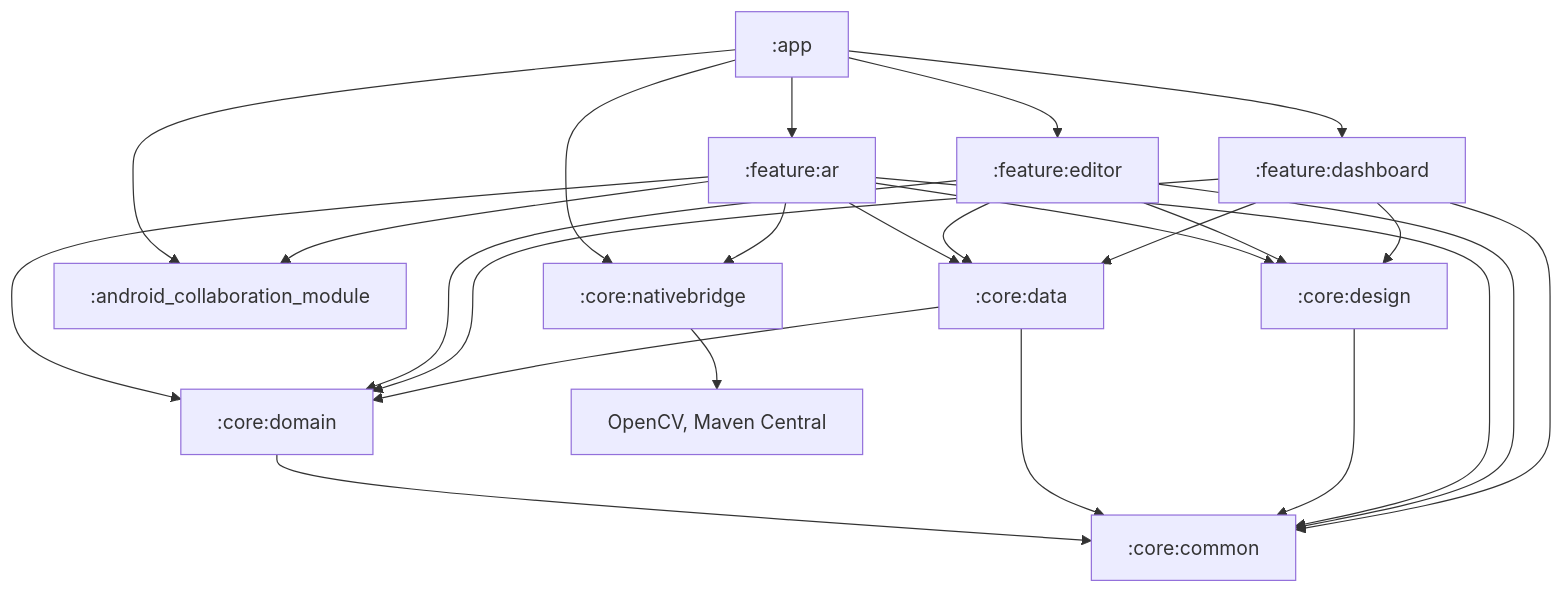
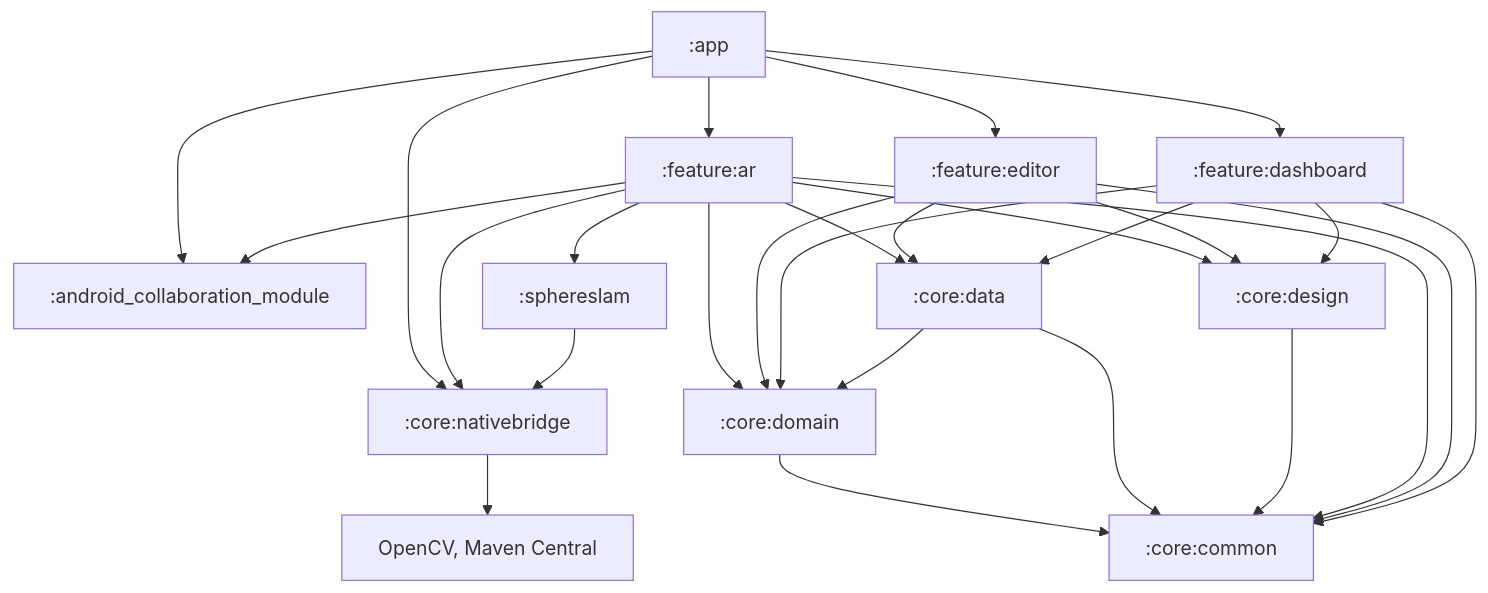
The diagram in docs/ARCHITECTURE.md (HereLiesAz/GraffitiXR), drawn with Mermaid before and after one commit. The commit also changed other lines of this file, not shown here.

Commit message:
Document SphereSLAM in AR architecture

```diff
--- a/docs/ARCHITECTURE.md
+++ b/docs/ARCHITECTURE.md
@@ -11,29 +11,31 @@
 ~~~mermaid
 graph TD
     App[":app"] --> FeatureAR[":feature:ar"]
     App --> FeatureEditor[":feature:editor"]
     App --> FeatureDash[":feature:dashboard"]
     App --> CoreNative[":core:nativebridge"]
     App --> CoreCollab[":android_collaboration_module"]
 
     FeatureAR --> CoreNative
+    FeatureAR --> SphereSLAM[":sphereslam"]
+    SphereSLAM --> CoreNative
     FeatureAR --> CoreCollab
     FeatureAR --> CoreDomain[":core:domain"]
     FeatureAR --> CoreData[":core:data"]
     FeatureAR --> CoreDesign[":core:design"]
     FeatureEditor --> CoreDomain
     FeatureEditor --> CoreData
     FeatureEditor --> CoreDesign
     FeatureDash --> CoreDomain
     FeatureDash --> CoreData
     FeatureDash --> CoreDesign
 
     CoreDomain --> CoreCommon[":core:common"]
     CoreData --> CoreDomain
     CoreData --> CoreCommon
     CoreDesign --> CoreCommon
     CoreNative --> OpenCV[OpenCV, Maven Central]
     FeatureAR --> CoreCommon
     FeatureEditor --> CoreCommon
     FeatureDash --> CoreCommon
 ~~~
```
